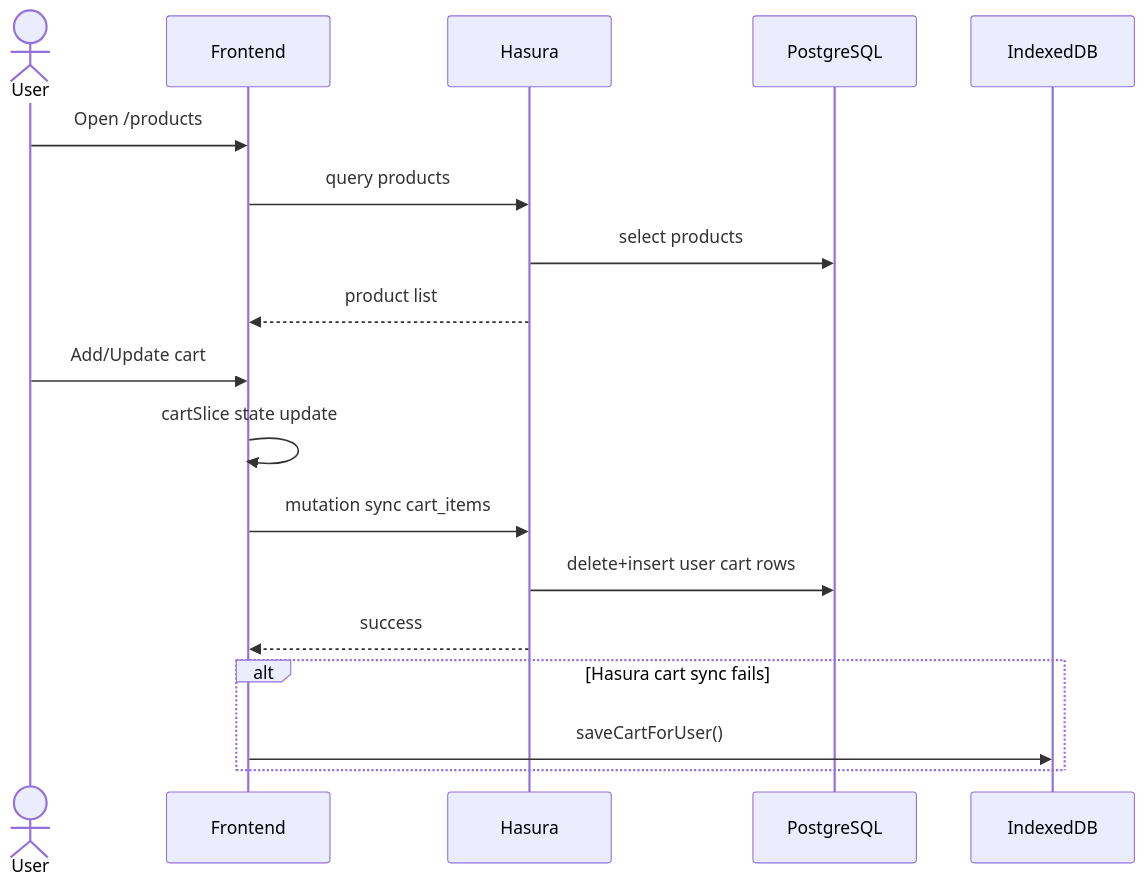
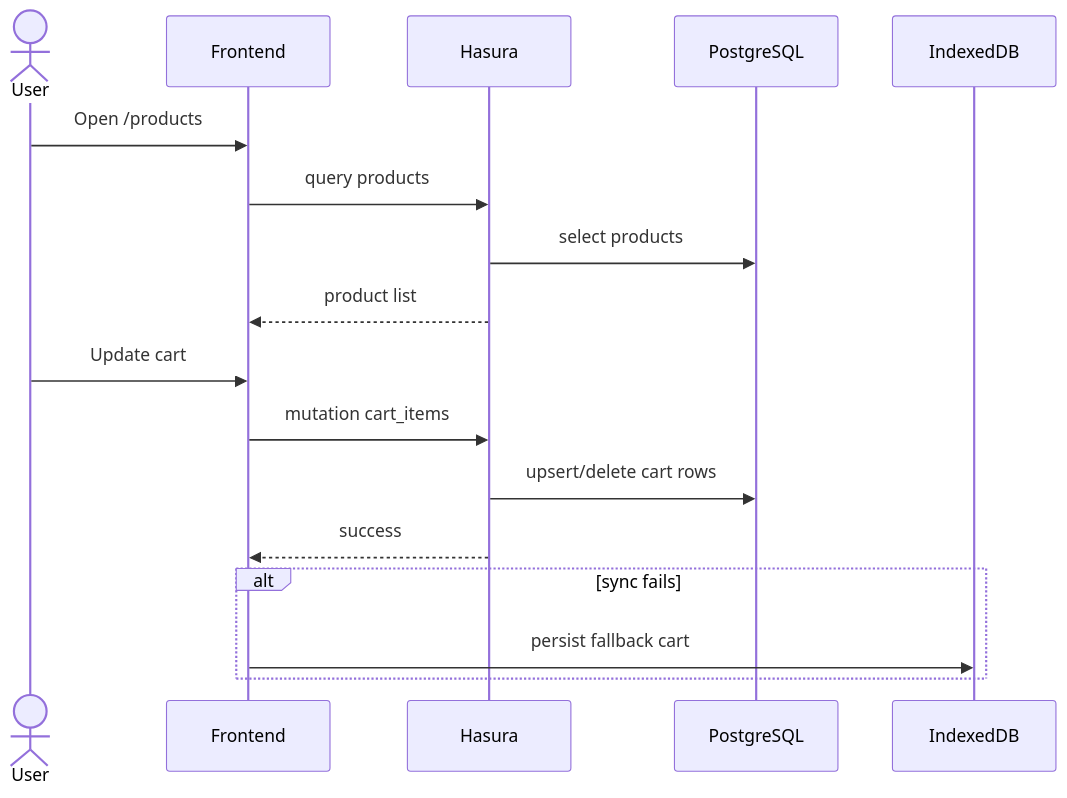
Before and after one commit to 007abishek/react-frontend: the second of 7 diagrams in SEQUENCE_DIAGRAMS.md, drawn with Mermaid. The commit also changed other lines of this file and 24 other files, not shown here.

````diff
--- a/SEQUENCE_DIAGRAMS.md
+++ b/SEQUENCE_DIAGRAMS.md
@@ -31,23 +30,22 @@
 ```mermaid
 sequenceDiagram
   actor U as User
   participant FE as Frontend
   participant H as Hasura
   participant DB as PostgreSQL
   participant IDB as IndexedDB
 
   U->>FE: Open /products
   FE->>H: query products
   H->>DB: select products
   H-->>FE: product list
 
-  U->>FE: Add/Update cart
-  FE->>FE: cartSlice state update
-  FE->>H: mutation sync cart_items
-  H->>DB: delete+insert user cart rows
+  U->>FE: Update cart
+  FE->>H: mutation cart_items
+  H->>DB: upsert/delete cart rows
   H-->>FE: success
 
-  alt Hasura cart sync fails
-    FE->>IDB: saveCartForUser()
+  alt sync fails
+    FE->>IDB: persist fallback cart
   end
 ```
````
